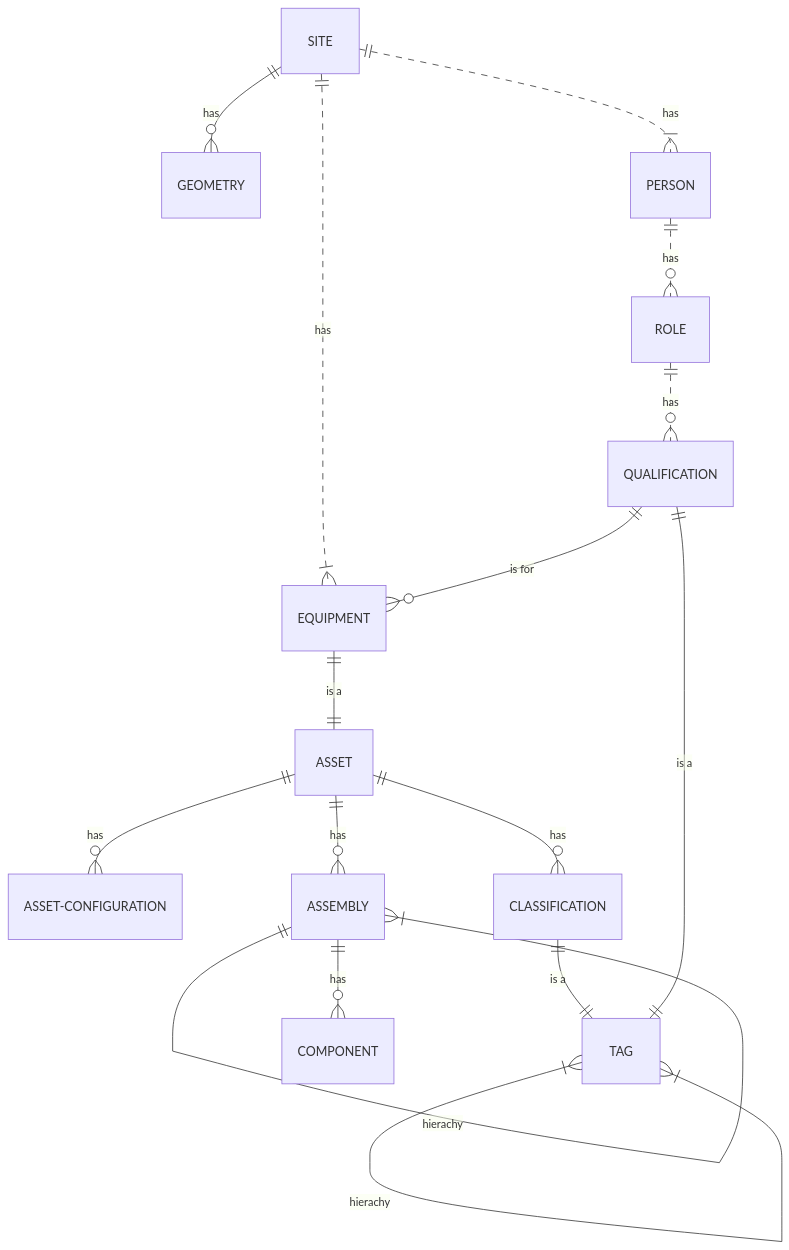
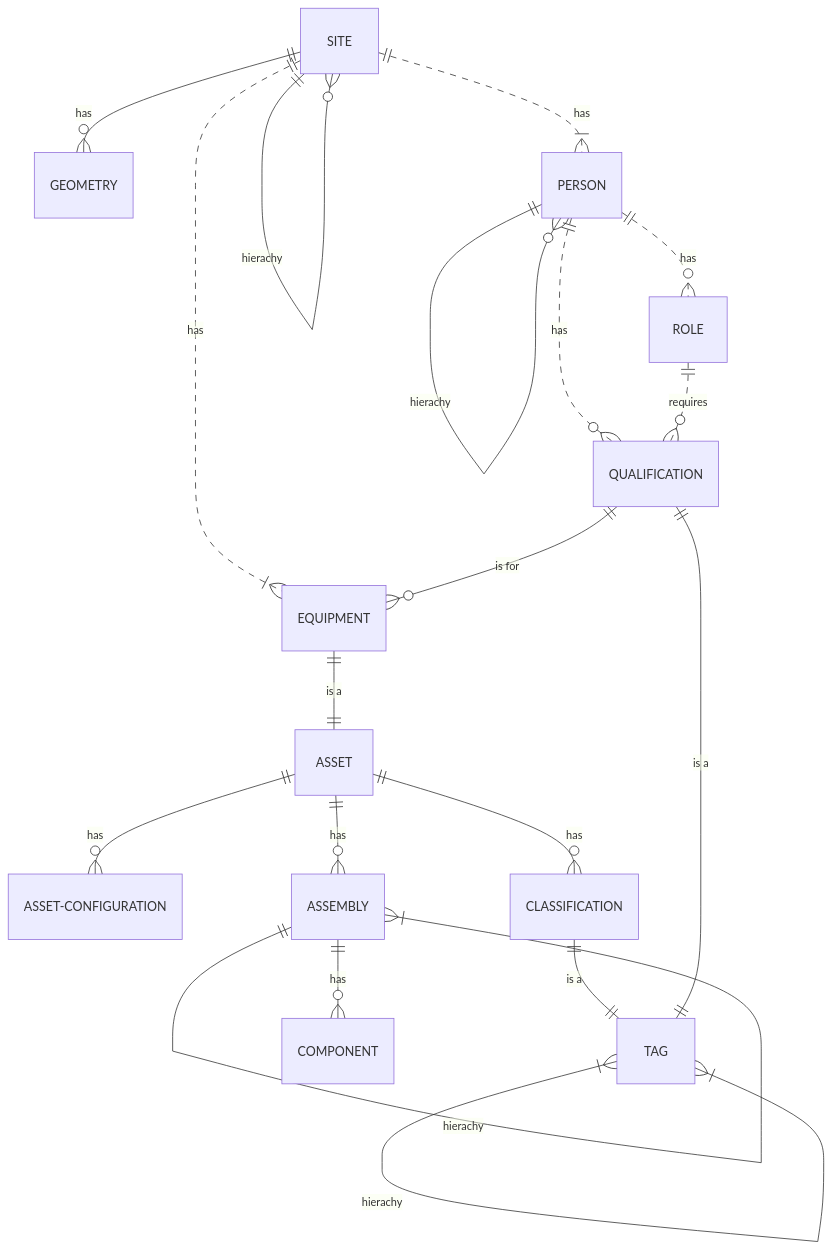
Before and after one commit to petersgiles/reference-architecture: the diagram in content/en/docs/Architectures/xDNA/_index.md, drawn with Mermaid. The commit also changed other lines of this file, not shown here.

````diff
--- a/content/en/docs/Architectures/xDNA/_index.md
+++ b/content/en/docs/Architectures/xDNA/_index.md
@@ -13,21 +13,24 @@
 ```mermaid
 erDiagram
+          SITE ||--o{ SITE : "hierachy"
           SITE ||--o{ GEOMETRY : "has"
 
           SITE ||..|{ EQUIPMENT : "has"
           EQUIPMENT ||--|| ASSET : "is a"          
           ASSET ||--o{ ASSET-CONFIGURATION : "has"
           ASSET ||--o{ CLASSIFICATION : "has"
           CLASSIFICATION ||--|| TAG : "is a"
           TAG }|--|{ TAG : hierachy
           ASSET ||--o{ ASSEMBLY : "has"
           ASSEMBLY ||--|{ ASSEMBLY : "hierachy"
           ASSEMBLY ||--o{ COMPONENT : "has"
 
           SITE ||..|{ PERSON : "has"
+          PERSON ||--o{ PERSON : "hierachy"
           PERSON ||..o{ ROLE : "has"
-          ROLE ||..o{ QUALIFICATION : "has"
+          PERSON ||..o{ QUALIFICATION : "has"
+          ROLE ||..o{ QUALIFICATION : "requires"
           QUALIFICATION ||--|| TAG : "is a"
           QUALIFICATION ||--o{ EQUIPMENT : "is for"
 
 ```
````
